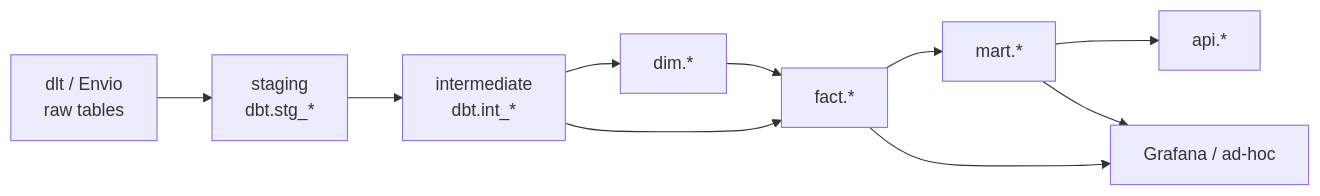
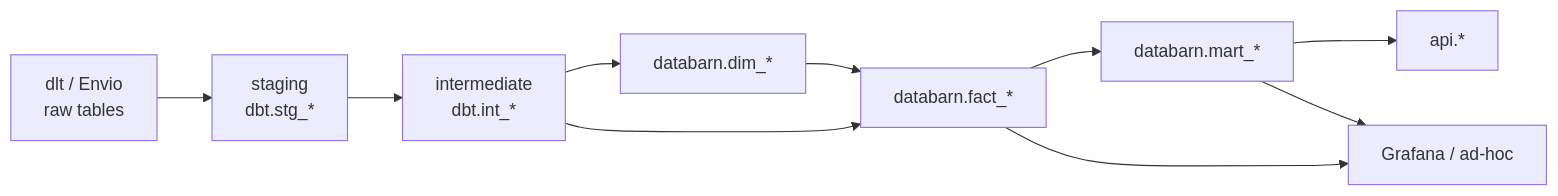
The second of 2 diagrams in README.md (beefyfinance/beefy-databarn), drawn with Mermaid before and after one commit. The commit also changed other lines of this file and 13 other files, not shown here.

````diff
--- a/README.md
+++ b/README.md
@@ -241,12 +242,12 @@
 ```mermaid
 graph LR
     A[dlt / Envio<br/>raw tables] --> B[staging<br/>dbt.stg_*]
     B --> C[intermediate<br/>dbt.int_*]
-    C --> D[dim.*]
-    C --> E[fact.*]
+    C --> D[databarn.dim_*]
+    C --> E[databarn.fact_*]
     D --> E
-    E --> F[mart.*]
+    E --> F[databarn.mart_*]
     F --> G[api.*]
     E --> H[Grafana / ad-hoc]
     F --> H
 ```
````
